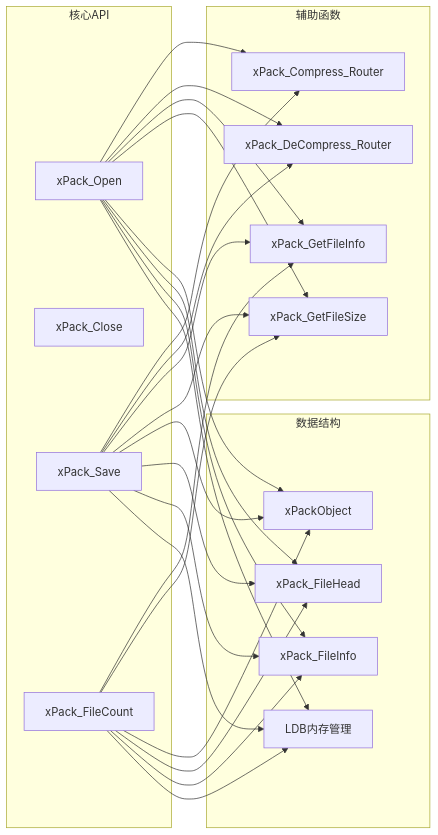
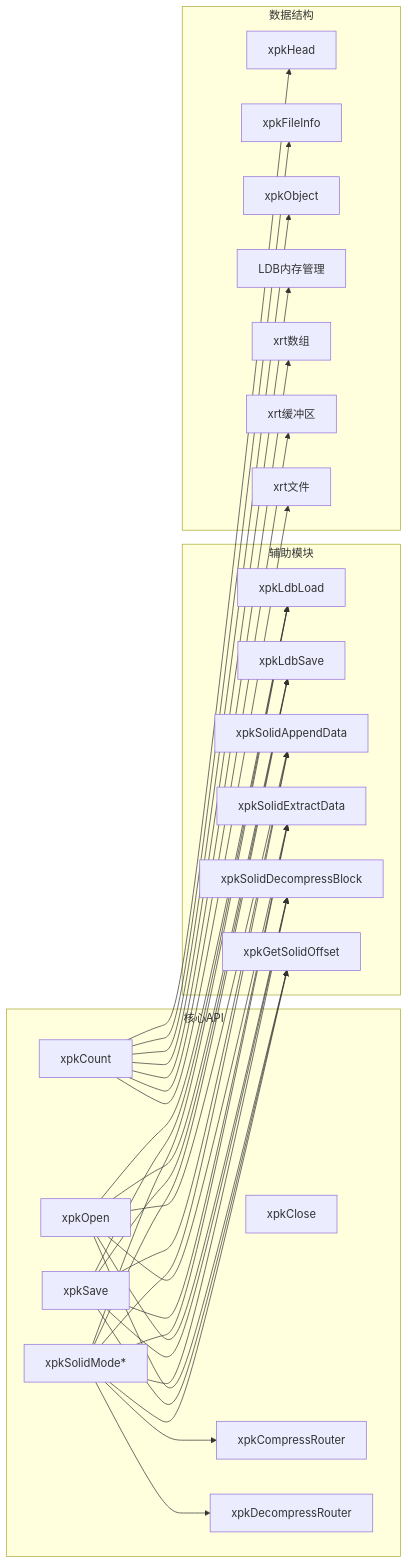
Before and after one commit to xywhsoft/xpack: the eighth of 8 diagrams in .qoder/repowiki/zh/content/API参考手册/核心API函数.md, drawn with Mermaid. The commit also changed other lines of this file and 23 other files, not shown here.

````diff
--- a/.qoder/repowiki/zh/content/API参考手册/核心API函数.md
+++ b/.qoder/repowiki/zh/content/API参考手册/核心API函数.md
@@ -428,43 +707,56 @@
 ```mermaid
 graph LR
 subgraph "核心API"
-A[xPack_Open]
-B[xPack_Close]
-C[xPack_Save]
-D[xPack_FileCount]
+A[xpkOpen]
+B[xpkClose]
+C[xpkSave]
+D[xpkCount]
+E[xpkSolidMode*]
+F[xpkCompressRouter]
+G[xpkDecompressRouter]
 end
-subgraph "辅助函数"
-E[xPack_Compress_Router]
-F[xPack_DeCompress_Router]
-G[xPack_GetFileInfo]
-H[xPack_GetFileSize]
+subgraph "辅助模块"
+H[xpkLdbLoad]
+I[xpkLdbSave]
+J[xpkSolidAppendData]
+K[xpkSolidExtractData]
+L[xpkSolidDecompressBlock]
+M[xpkGetSolidOffset]
 end
 subgraph "数据结构"
-I[xPackObject]
-J[xPack_FileHead]
-K[xPack_FileInfo]
-L[LDB内存管理]
+N[xpkHead]
+O[xpkFileInfo]
+P[xpkObject]
+Q[LDB内存管理]
+R[xrt数组]
+S[xrt缓冲区]
+T[xrt文件]
 end
-A --> E
-A --> F
-A --> G
 A --> H
 A --> I
 A --> J
 A --> K
 A --> L
-C --> E
-C --> F
-C --> G
+A --> M
 C --> H
 C --> I
 C --> J
 C --> K
 C --> L
-D --> G
-D --> H
-D --> I
-D --> J
-D --> K
-D --> L
+C --> M
+D --> N
+D --> O
+D --> P
+D --> Q
+D --> R
+D --> S
+D --> T
+E --> F
+E --> G
+E --> H
+E --> I
+E --> J
+E --> K
+E --> L
+E --> M
 ```
````
